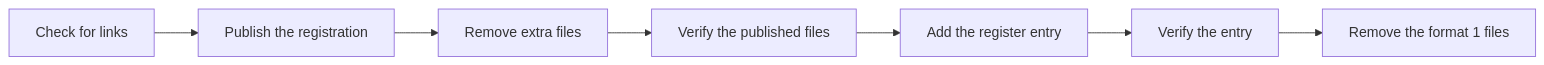
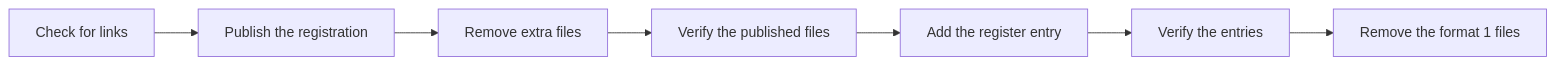
One commit to yankeeinlondon/rusty-biscuit changed the diagram in claudine/docs/cli/doctor.md. Above: the diagram before and after it, drawn with Mermaid. The commit also changed other lines of this file and 24 other files, not shown here.

````diff
--- a/claudine/docs/cli/doctor.md
+++ b/claudine/docs/cli/doctor.md
@@ -671,9 +734,9 @@
 ```mermaid
 flowchart LR
     A[Check for links] --> B[Publish the registration]
     B --> C[Remove extra files]
     C --> D[Verify the published files]
     D --> E[Add the register entry]
-    E --> F[Verify the entry]
+    E --> F[Verify the entries]
     F --> G[Remove the format 1 files]
 ```
````
